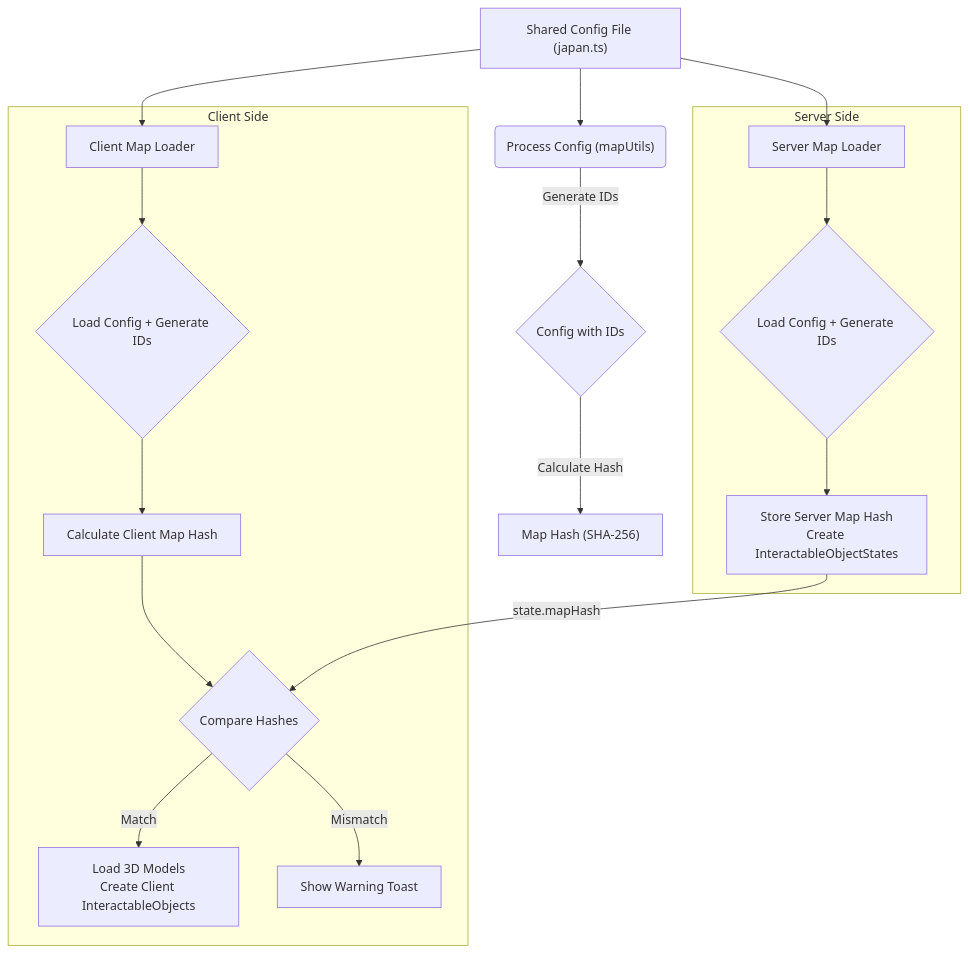
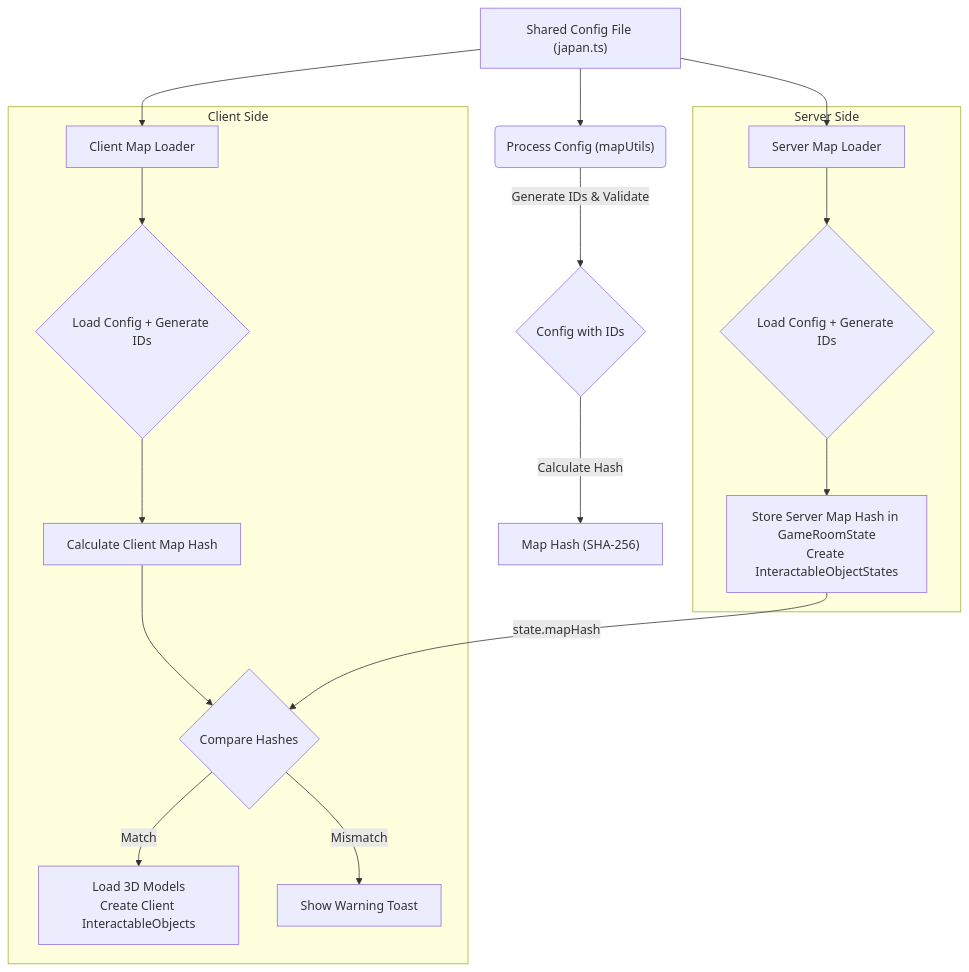
The third of 3 diagrams in README.md (TriForMine/Delixia), drawn with Mermaid before and after one commit. The commit also changed other lines of this file, not shown here.

````diff
--- a/README.md
+++ b/README.md
@@ -171,23 +175,23 @@
     ```mermaid
      graph TD
         A["Shared Config File (japan.ts)"] --> B("Process Config (mapUtils)");
-        B -- "Generate IDs" --> C{"Config with IDs"};
+        B -- "Generate IDs & Validate" --> C{"Config with IDs"};
         C -- "Calculate Hash" --> D["Map Hash (SHA-256)"];
 
         subgraph Server ["Server Side"]
             E["Server Map Loader"] --> F{"Load Config + Generate IDs"};
-            F --> G["Store Server Map Hash<br>Create InteractableObjectStates"];
+            F --> G["Store Server Map Hash in GameRoomState<br>Create InteractableObjectStates"];
         end
 
         subgraph Client ["Client Side"]
             H["Client Map Loader"] --> I{"Load Config + Generate IDs"};
             I --> J["Calculate Client Map Hash"];
             J --> K{"Compare Hashes"};
             K -- Match --> L["Load 3D Models<br>Create Client InteractableObjects"];
             K -- Mismatch --> M["Show Warning Toast"];
         end
 
         A --> E;
         A --> H;
         G -- "state.mapHash" --> K;
     ```
````
